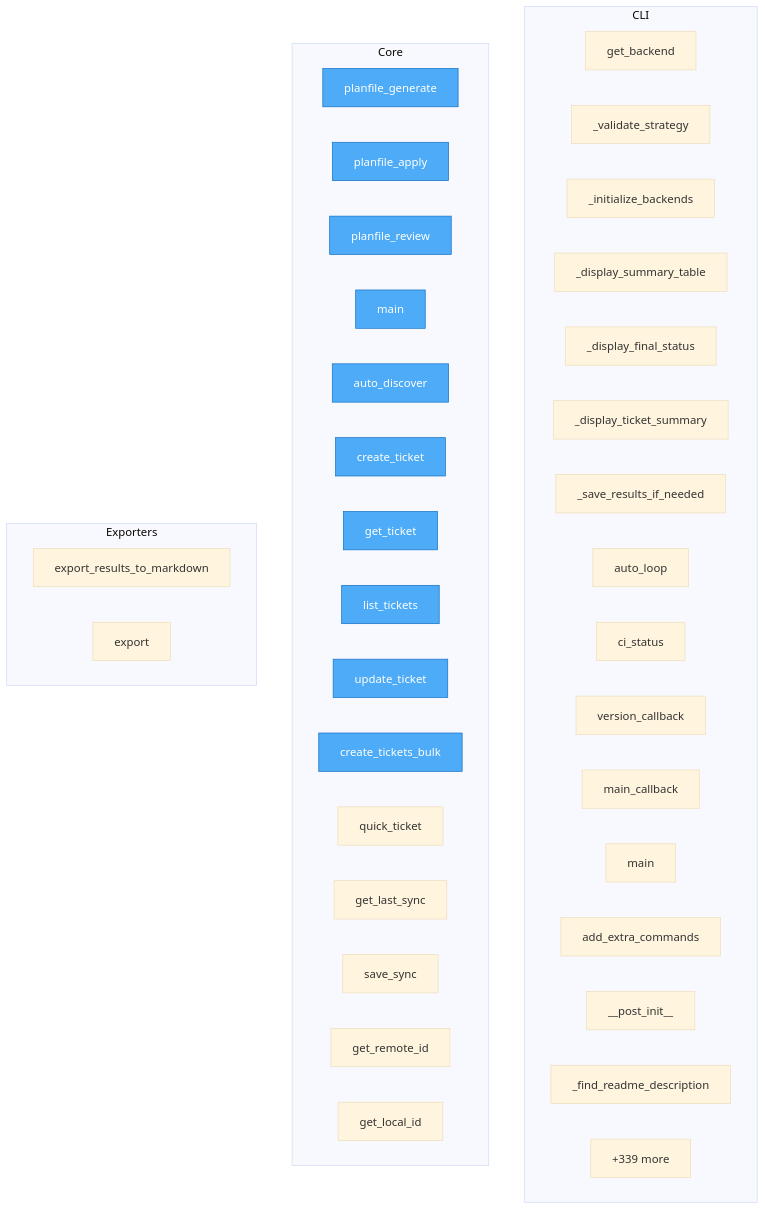
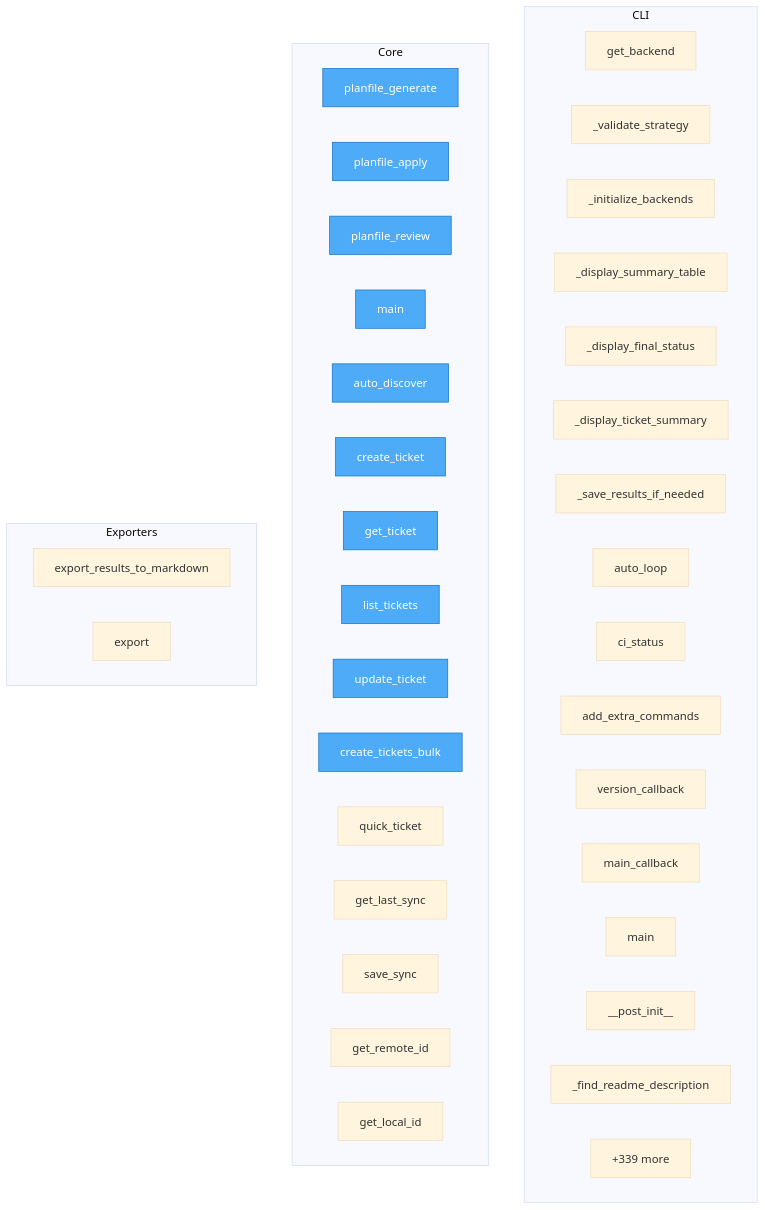
Before and after one commit to semcod/planfile: the diagram in project/flow.mmd, drawn with Mermaid (base theme). The commit also changed other lines of this file and 30 other files, not shown here.

```diff
--- a/project/flow.mmd
+++ b/project/flow.mmd
@@ -1,49 +1,49 @@
 flowchart TD
 
     %% Entry points (blue)
     classDef entry fill:#4dabf7,stroke:#1971c2,color:#fff
 
     subgraph CLI
         planfile__cli__auto_loop__get_backend["get_backend"]
         planfile__cli__auto_loop___validate_strategy["_validate_strategy"]
         planfile__cli__auto_loop___initialize_backends["_initialize_backends"]
         planfile__cli__auto_loop___display_summary_table["_display_summary_table"]
         planfile__cli__auto_loop___display_final_status["_display_final_status"]
         planfile__cli__auto_loop___display_ticket_summary["_display_ticket_summary"]
         planfile__cli__auto_loop___save_results_if_needed["_save_results_if_needed"]
         planfile__cli__auto_loop__auto_loop["auto_loop"]
         planfile__cli__auto_loop__ci_status["ci_status"]
+        planfile__cli__extra_commands__add_extra_commands["add_extra_commands"]
         planfile__cli__commands__version_callback["version_callback"]
         planfile__cli__commands__main_callback["main_callback"]
         planfile__cli__commands__main["main"]
-        planfile__cli__extra_commands__add_extra_commands["add_extra_commands"]
         planfile__cli__project_detector__DetectedProject____post_init__["__post_init__"]
         planfile__cli__project_detector___find_readme_description["_find_readme_description"]
         ...["+49 more"]
     end
 
     subgraph Core
         mcp_server_example__planfile_generate["planfile_generate"]
         mcp_server_example__planfile_apply["planfile_apply"]
         mcp_server_example__planfile_review["planfile_review"]
         mcp_server_example__main["main"]
         planfile__Planfile__auto_discover["auto_discover"]
         planfile__Planfile__create_ticket["create_ticket"]
         planfile__Planfile__get_ticket["get_ticket"]
         planfile__Planfile__list_tickets["list_tickets"]
         planfile__Planfile__update_ticket["update_ticket"]
         planfile__Planfile__create_tickets_bulk["create_tickets_bulk"]
         planfile__quick_ticket["quick_ticket"]
         planfile__sync__state__SyncState__get_last_sync["get_last_sync"]
         planfile__sync__state__SyncState__save_sync["save_sync"]
         planfile__sync__state__SyncState__get_remote_id["get_remote_id"]
         planfile__sync__state__SyncState__get_local_id["get_local_id"]
         ...["+339 more"]
     end
 
     subgraph Exporters
         planfile__loaders__cli_loader__export_results_to_markdown["export_results_to_markdown"]
         planfile__core__models__Strategy__export["export"]
     end
 
     class mcp_server_example__planfile_generate,mcp_server_example__planfile_apply,mcp_server_example__planfile_review,mcp_server_example__main,planfile__Planfile__auto_discover,planfile__Planfile__create_ticket,planfile__Planfile__get_ticket,planfile__Planfile__list_tickets,planfile__Planfile__update_ticket,planfile__Planfile__create_tickets_bulk entry
```
